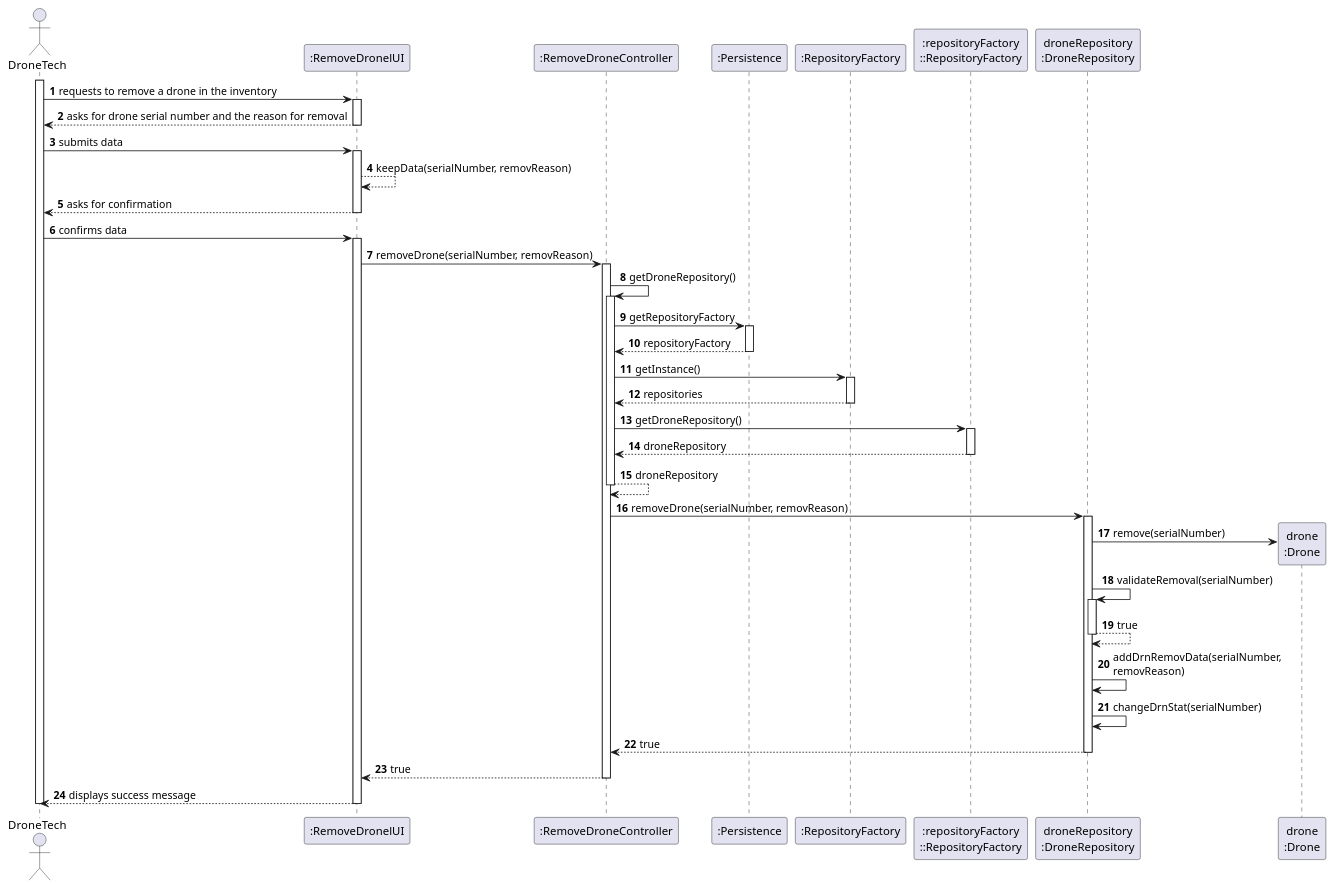
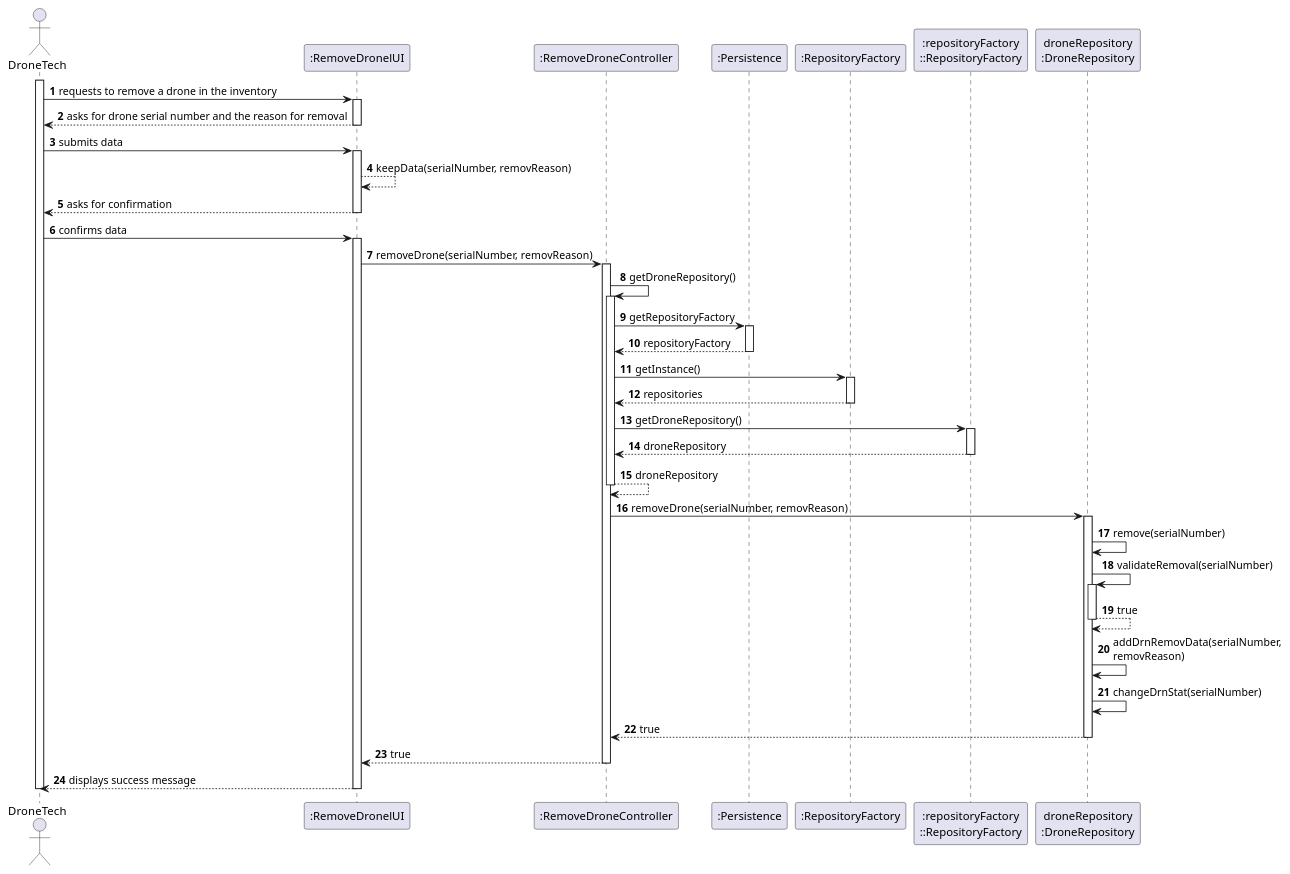
Before and after one commit to diogoveirospro/sem4pi-2024-2025-sem4pi_2024_2025_g44: the diagram in docs/SPRINT_2/US242/puml/sequence_diagram_us242.puml, drawn with PlantUML. The commit also changed 1 other file, not shown here.

```diff
--- a/docs/SPRINT_2/US242/puml/sequence_diagram_us242.puml
+++ b/docs/SPRINT_2/US242/puml/sequence_diagram_us242.puml
@@ -1,73 +1,72 @@
 @startuml
 'skinparam monochrome
 
 skinparam packageStyle rectangle
 skinparam shadowing false
 
 autonumber
 
 actor "DroneTech" as DT
 participant ":RemoveDronelUI" as UI
 participant ":RemoveDroneController" as CTRL
 participant ":Persistence" as PERS
 participant ":RepositoryFactory" as REPOS
 participant ":repositoryFactory\n::RepositoryFactory" as REPOS_SINGLETON
 participant "droneRepository\n:DroneRepository" as DRN_REPO
-participant "drone\n:Drone" as DRONE
 
 activate DT
 
 DT -> UI : requests to remove a drone in the inventory
 activate UI
     UI --> DT : asks for drone serial number and the reason for removal
     deactivate UI
     DT -> UI : submits data
     activate UI
     UI --> UI : keepData(serialNumber, removReason)
     UI --> DT : asks for confirmation
     deactivate UI
     DT -> UI : confirms data
     activate UI
     UI -> CTRL : removeDrone(serialNumber, removReason)
     activate CTRL
         CTRL -> CTRL :getDroneRepository()
         activate CTRL
         CTRL -> PERS : getRepositoryFactory
                                     activate PERS
                                     PERS --> CTRL : repositoryFactory
                                     deactivate PERS
         CTRL -> REPOS : getInstance()
         activate REPOS
             REPOS --> CTRL : repositories
         deactivate REPOS
 
         CTRL -> REPOS_SINGLETON : getDroneRepository()
         activate REPOS_SINGLETON
             REPOS_SINGLETON --> CTRL : droneRepository
         deactivate REPOS_SINGLETON
         CTRL --> CTRL : droneRepository
 
         deactivate CTRL
             CTRL -> DRN_REPO : removeDrone(serialNumber, removReason)
             activate DRN_REPO
 
-        DRN_REPO -> DRONE** : remove(serialNumber)
+        DRN_REPO -> DRN_REPO : remove(serialNumber)
                     DRN_REPO -> DRN_REPO: validateRemoval(serialNumber)
                     activate DRN_REPO
                         DRN_REPO --> DRN_REPO : true
                     deactivate DRN_REPO
         DRN_REPO -> DRN_REPO : addDrnRemovData(serialNumber, \nremovReason)
         DRN_REPO -> DRN_REPO : changeDrnStat(serialNumber)
                     DRN_REPO --> CTRL : true
 
         deactivate DRN_REPO
 
         CTRL --> UI : true
 
     deactivate CTRL
 
 UI --> DT : displays success message
 deactivate UI
 deactivate DT
 
 @enduml
```
